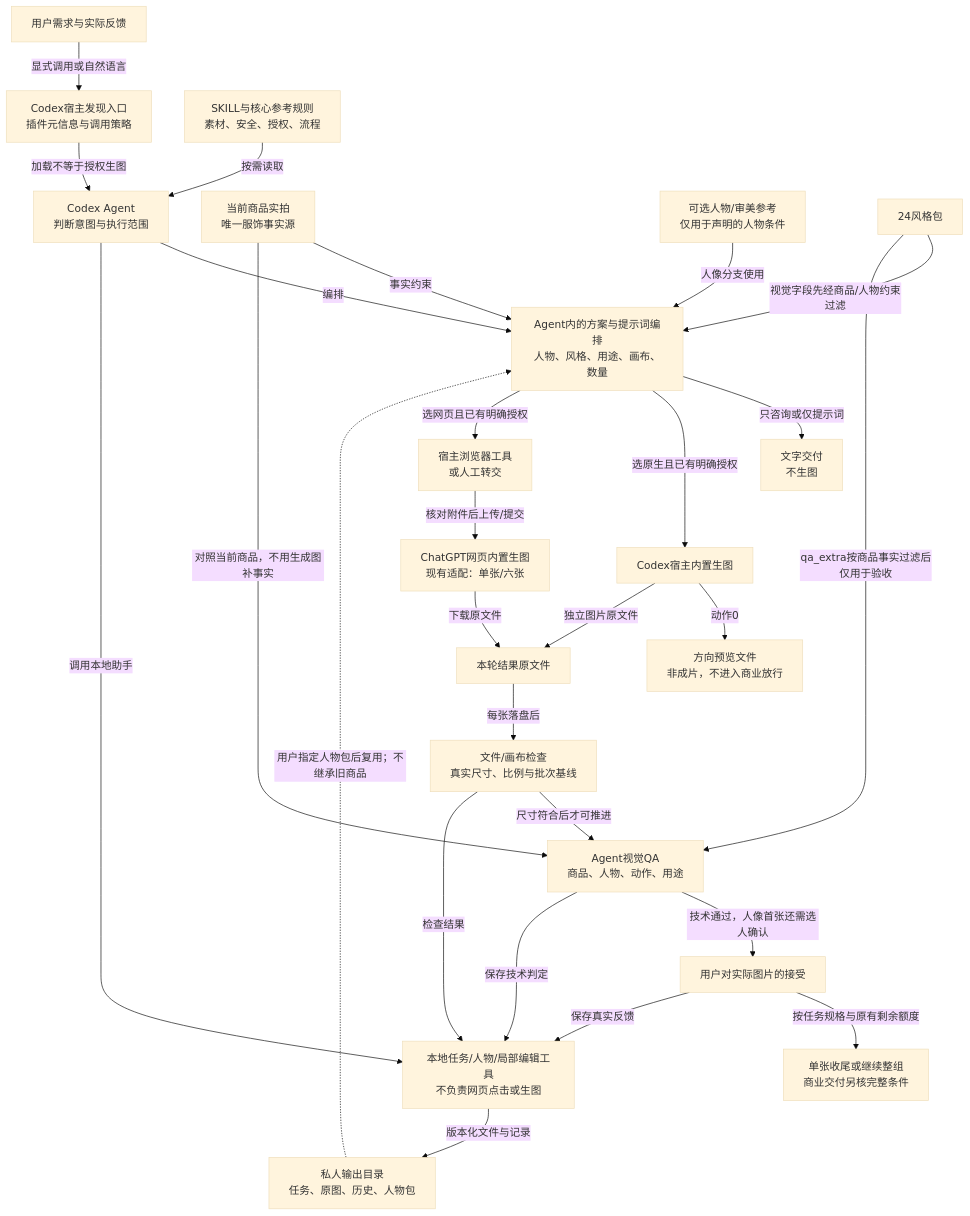
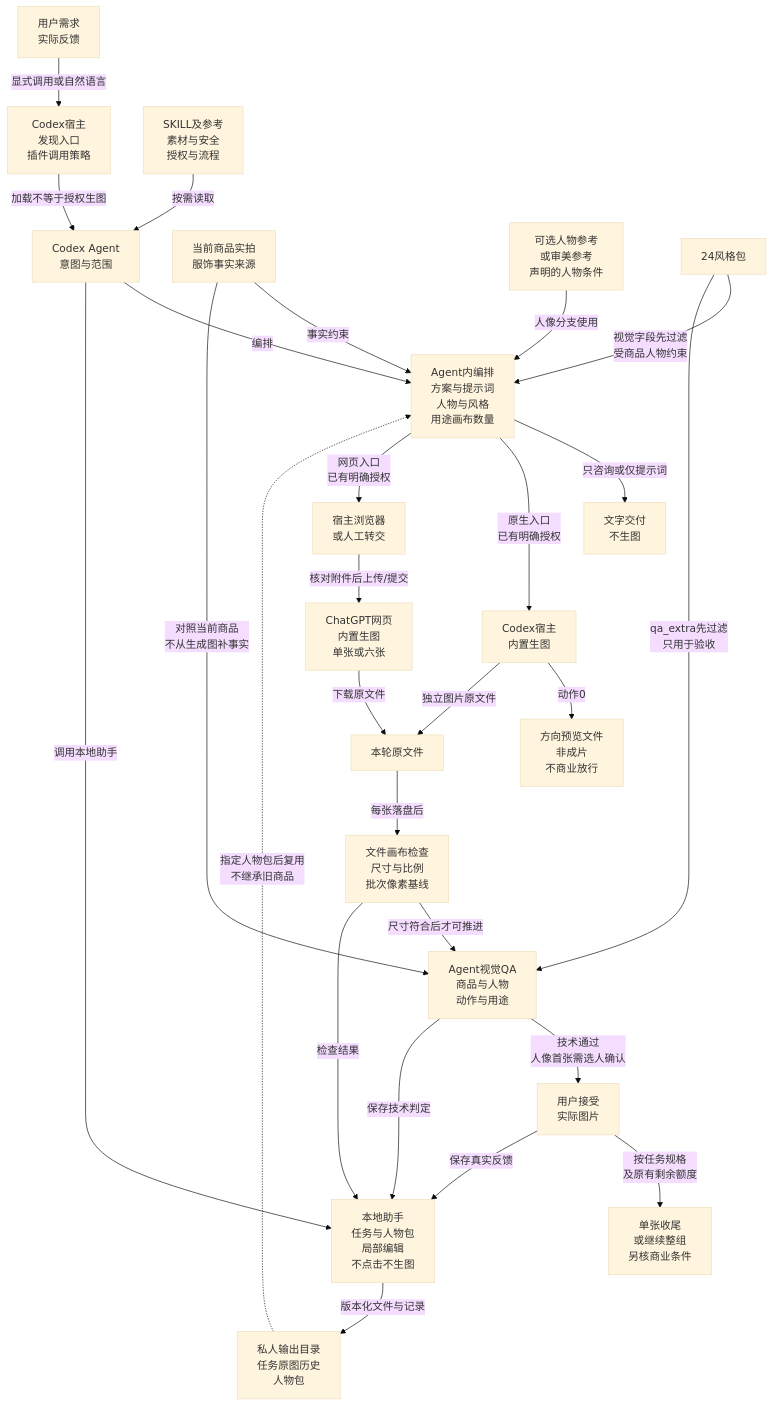
Before and after one commit to denggui-ai/threadtruth-studio: the diagram in docs/ARCHITECTURE.md, drawn with Mermaid (base theme).

Commit message:
docs: wrap topology labels for GitHub rendering

````diff
--- a/docs/ARCHITECTURE.md
+++ b/docs/ARCHITECTURE.md
@@ -30,31 +30,31 @@
 ```mermaid
 flowchart TB
-    USER["用户需求与实际反馈"] -->|"显式调用或自然语言"| ENTRY["Codex宿主发现入口<br/>插件元信息与调用策略"]
-    ENTRY -->|"加载不等于授权生图"| AGENT["Codex Agent<br/>判断意图与执行范围"]
-    CORE["SKILL与核心参考规则<br/>素材、安全、授权、流程"] -->|"按需读取"| AGENT
-    AGENT -->|"编排"| PLAN["Agent内的方案与提示词编排<br/>人物、风格、用途、画布、数量"]
-    SOURCE["当前商品实拍<br/>唯一服饰事实源"] -->|"事实约束"| PLAN
-    MODEL["可选人物/审美参考<br/>仅用于声明的人物条件"] -->|"人像分支使用"| PLAN
-    STYLE["24风格包"] -->|"视觉字段先经商品/人物约束过滤"| PLAN
-    STYLE -->|"qa_extra按商品事实过滤后仅用于验收"| QA["Agent视觉QA<br/>商品、人物、动作、用途"]
+    USER["用户需求<br/>实际反馈"] -->|"显式调用或自然语言"| ENTRY["Codex宿主<br/>发现入口<br/>插件调用策略"]
+    ENTRY -->|"加载不等于授权生图"| AGENT["Codex Agent<br/>意图与范围"]
+    CORE["SKILL及参考<br/>素材与安全<br/>授权与流程"] -->|"按需读取"| AGENT
+    AGENT -->|"编排"| PLAN["Agent内编排<br/>方案与提示词<br/>人物与风格<br/>用途画布数量"]
+    SOURCE["当前商品实拍<br/>服饰事实来源"] -->|"事实约束"| PLAN
+    MODEL["可选人物参考<br/>或审美参考<br/>声明的人物条件"] -->|"人像分支使用"| PLAN
+    STYLE["24风格包"] -->|"视觉字段先过滤<br/>受商品人物约束"| PLAN
+    STYLE -->|"qa_extra先过滤<br/>只用于验收"| QA["Agent视觉QA<br/>商品与人物<br/>动作与用途"]
 
     PLAN -->|"只咨询或仅提示词"| TEXT["文字交付<br/>不生图"]
-    PLAN -->|"选原生且已有明确授权"| NATIVE["Codex宿主内置生图"]
-    PLAN -->|"选网页且已有明确授权"| BROWSER["宿主浏览器工具<br/>或人工转交"]
-    BROWSER -->|"核对附件后上传/提交"| WEB["ChatGPT网页内置生图<br/>现有适配：单张/六张"]
-    NATIVE -->|"动作0"| PREVIEW["方向预览文件<br/>非成片，不进入商业放行"]
-    NATIVE -->|"独立图片原文件"| RAW["本轮结果原文件"]
+    PLAN -->|"原生入口<br/>已有明确授权"| NATIVE["Codex宿主<br/>内置生图"]
+    PLAN -->|"网页入口<br/>已有明确授权"| BROWSER["宿主浏览器<br/>或人工转交"]
+    BROWSER -->|"核对附件后上传/提交"| WEB["ChatGPT网页<br/>内置生图<br/>单张或六张"]
+    NATIVE -->|"动作0"| PREVIEW["方向预览文件<br/>非成片<br/>不商业放行"]
+    NATIVE -->|"独立图片原文件"| RAW["本轮原文件"]
     WEB -->|"下载原文件"| RAW
-    RAW -->|"每张落盘后"| META["文件/画布检查<br/>真实尺寸、比例与批次基线"]
+    RAW -->|"每张落盘后"| META["文件画布检查<br/>尺寸与比例<br/>批次像素基线"]
     META -->|"尺寸符合后才可推进"| QA
-    SOURCE -->|"对照当前商品，不用生成图补事实"| QA
-    QA -->|"技术通过，人像首张还需选人确认"| HUMAN["用户对实际图片的接受"]
-    HUMAN -->|"按任务规格与原有剩余额度"| RESULT["单张收尾或继续整组<br/>商业交付另核完整条件"]
+    SOURCE -->|"对照当前商品<br/>不从生成图补事实"| QA
+    QA -->|"技术通过<br/>人像首张需选人确认"| HUMAN["用户接受<br/>实际图片"]
+    HUMAN -->|"按任务规格<br/>及原有剩余额度"| RESULT["单张收尾<br/>或继续整组<br/>另核商业条件"]
 
-    AGENT -->|"调用本地助手"| LOCAL["本地任务/人物/局部编辑工具<br/>不负责网页点击或生图"]
+    AGENT -->|"调用本地助手"| LOCAL["本地助手<br/>任务与人物包<br/>局部编辑<br/>不点击不生图"]
     META -->|"检查结果"| LOCAL
     QA -->|"保存技术判定"| LOCAL
     HUMAN -->|"保存真实反馈"| LOCAL
-    LOCAL -->|"版本化文件与记录"| STORE["私人输出目录<br/>任务、原图、历史、人物包"]
-    STORE -. "用户指定人物包后复用；不继承旧商品" .-> PLAN
+    LOCAL -->|"版本化文件与记录"| STORE["私人输出目录<br/>任务原图历史<br/>人物包"]
+    STORE -. "指定人物包后复用<br/>不继承旧商品" .-> PLAN
 ```
````
